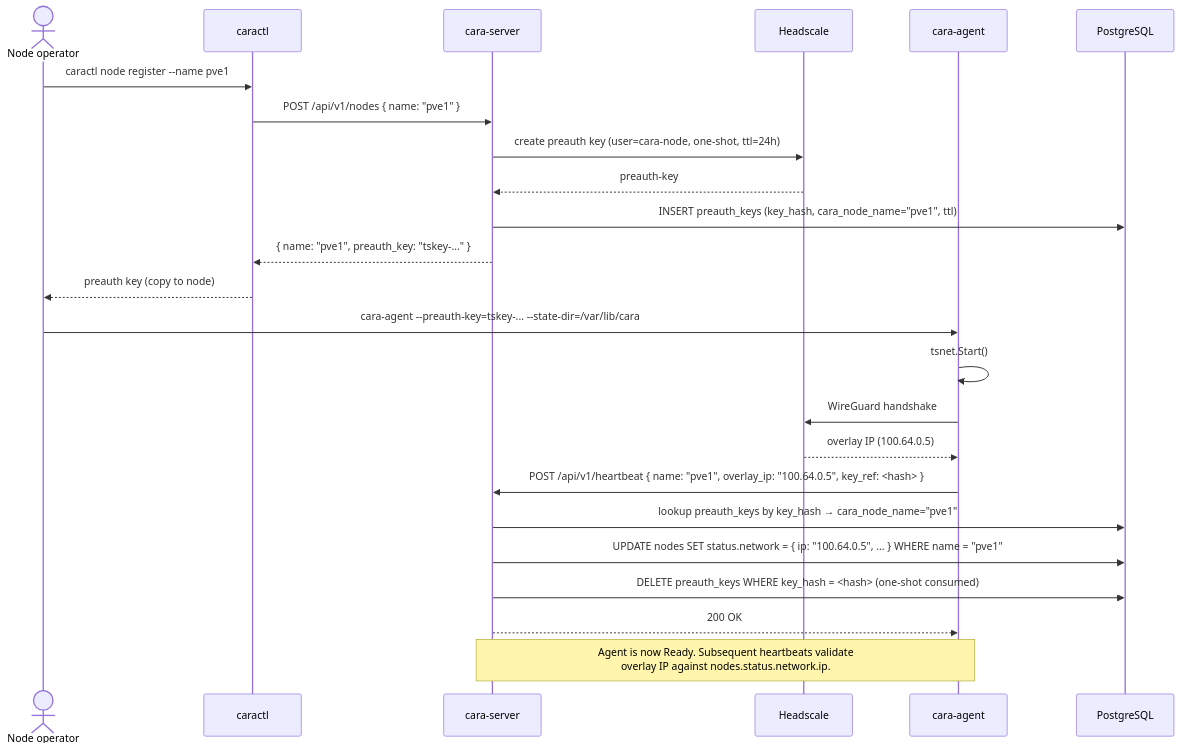
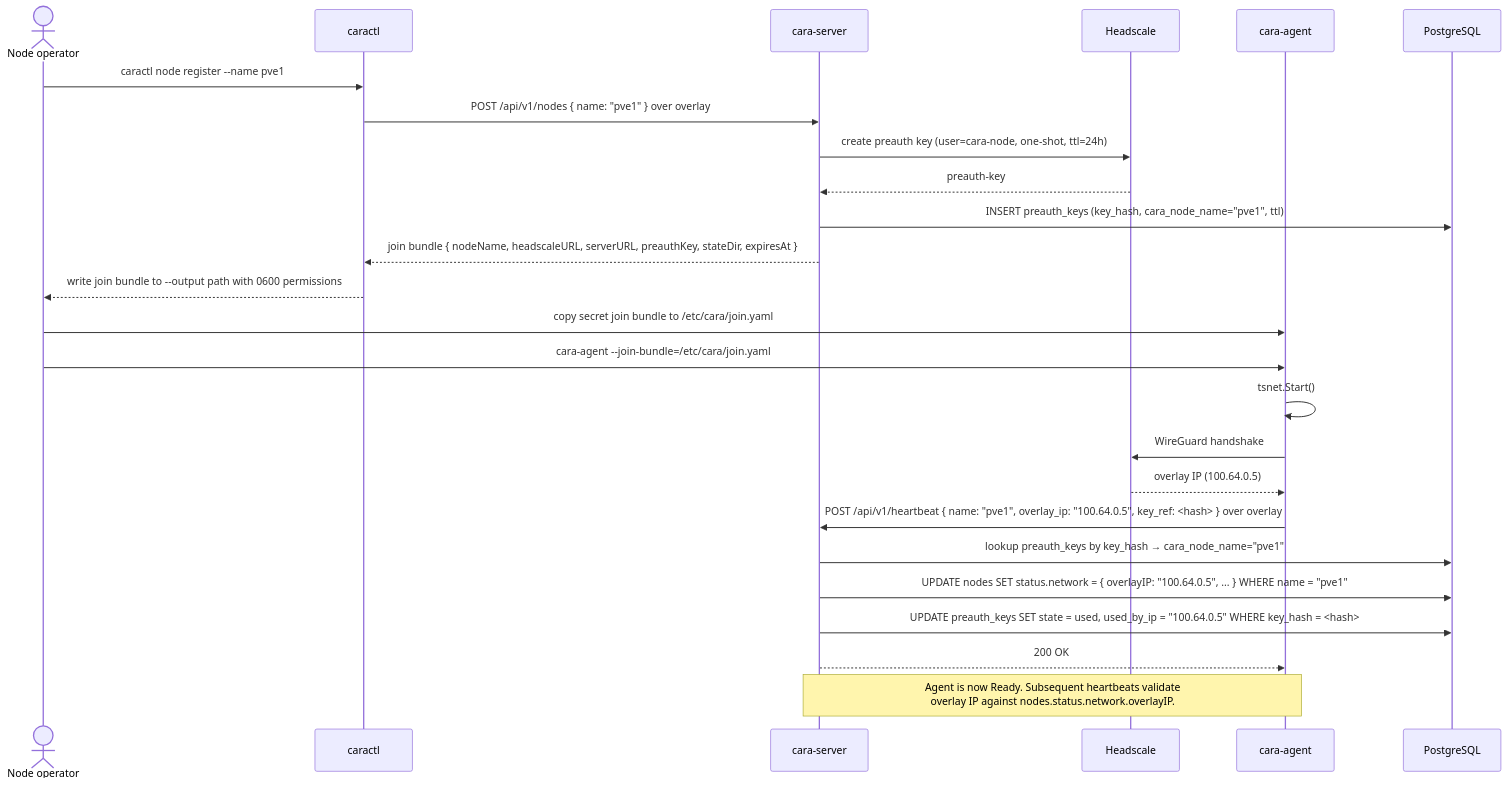
The fourth of 4 diagrams in docs/design/headscale-overlay.md (NYCU-SDC/caravanserai), drawn with Mermaid before and after one commit. The commit also changed other lines of this file, not shown here.

Commit message:
docs: make Headscale design overlay-only

````diff
--- a/docs/design/headscale-overlay.md
+++ b/docs/design/headscale-overlay.md
@@ -365,28 +421,29 @@
 ```mermaid
 sequenceDiagram
   actor Op as Node operator
   participant Ctl as caractl
   participant Srv as cara-server
   participant HS as Headscale
   participant Ag as cara-agent
   participant DB as PostgreSQL
 
   Op->>Ctl: caractl node register --name pve1
-  Ctl->>Srv: POST /api/v1/nodes { name: "pve1" }
+  Ctl->>Srv: POST /api/v1/nodes { name: "pve1" } over overlay
   Srv->>HS: create preauth key (user=cara-node, one-shot, ttl=24h)
   HS-->>Srv: preauth-key
   Srv->>DB: INSERT preauth_keys (key_hash, cara_node_name="pve1", ttl)
-  Srv-->>Ctl: { name: "pve1", preauth_key: "tskey-..." }
-  Ctl-->>Op: preauth key (copy to node)
+  Srv-->>Ctl: join bundle { nodeName, headscaleURL, serverURL, preauthKey, stateDir, expiresAt }
+  Ctl-->>Op: write join bundle to --output path with 0600 permissions
 
-  Op->>Ag: cara-agent --preauth-key=tskey-... --state-dir=/var/lib/cara
+  Op->>Ag: copy secret join bundle to /etc/cara/join.yaml
+  Op->>Ag: cara-agent --join-bundle=/etc/cara/join.yaml
   Ag->>Ag: tsnet.Start()
   Ag->>HS: WireGuard handshake
   HS-->>Ag: overlay IP (100.64.0.5)
-  Ag->>Srv: POST /api/v1/heartbeat { name: "pve1", overlay_ip: "100.64.0.5", key_ref: <hash> }
+  Ag->>Srv: POST /api/v1/heartbeat { name: "pve1", overlay_ip: "100.64.0.5", key_ref: <hash> } over overlay
   Srv->>DB: lookup preauth_keys by key_hash → cara_node_name="pve1"
-  Srv->>DB: UPDATE nodes SET status.network = { ip: "100.64.0.5", ... } WHERE name = "pve1"
-  Srv->>DB: DELETE preauth_keys WHERE key_hash = <hash> (one-shot consumed)
+  Srv->>DB: UPDATE nodes SET status.network = { overlayIP: "100.64.0.5", ... } WHERE name = "pve1"
+  Srv->>DB: UPDATE preauth_keys SET state = used, used_by_ip = "100.64.0.5" WHERE key_hash = <hash>
   Srv-->>Ag: 200 OK
-  Note over Ag,Srv: Agent is now Ready. Subsequent heartbeats validate<br/>overlay IP against nodes.status.network.ip.
+  Note over Ag,Srv: Agent is now Ready. Subsequent heartbeats validate<br/>overlay IP against nodes.status.network.overlayIP.
 ```
````
